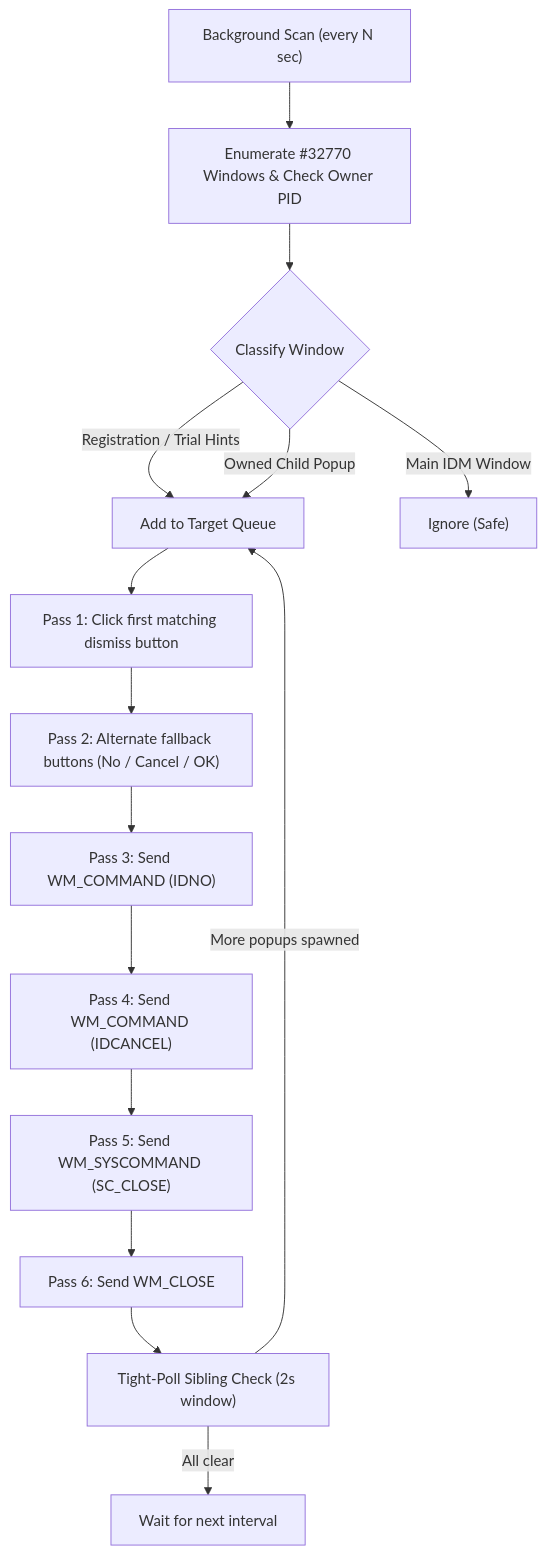
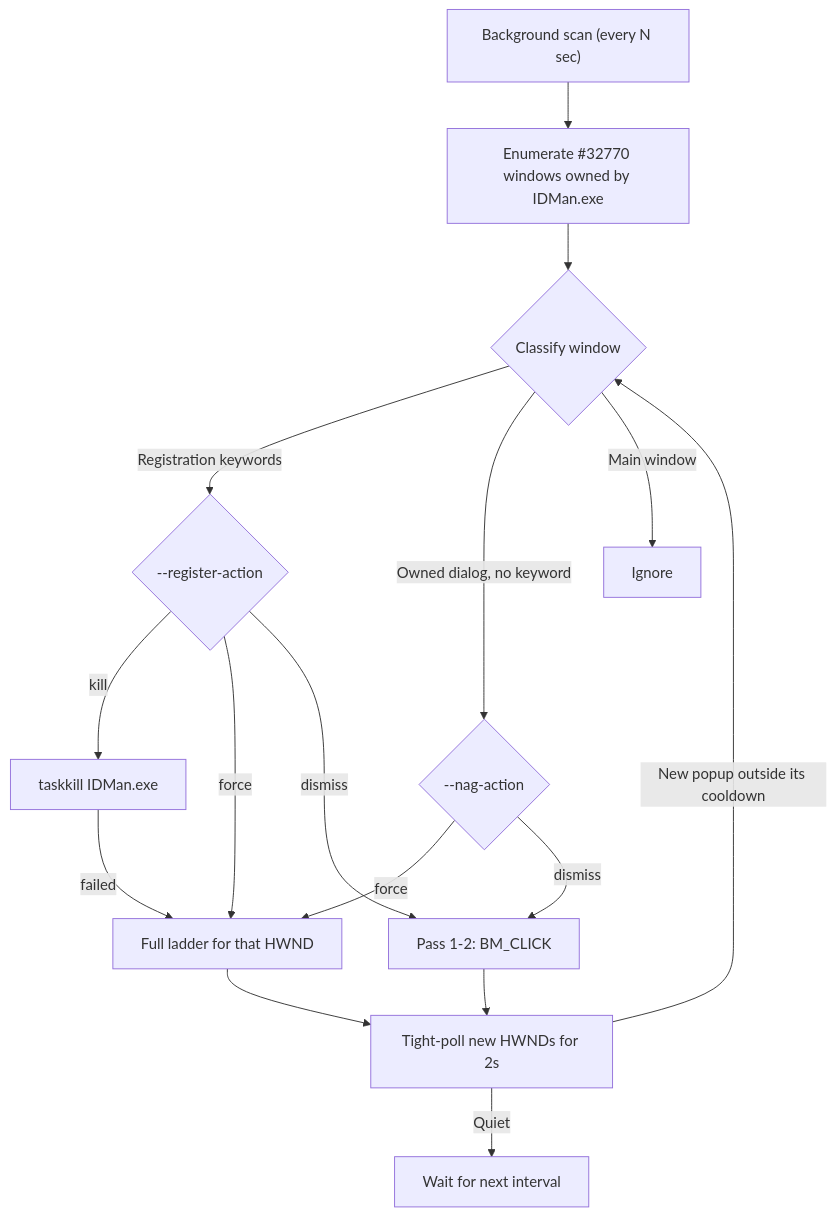
The diagram in README.md (ynwglobal/idm-popup-killer), drawn with Mermaid before and after one commit. The commit also changed other lines of this file, not shown here.

````diff
--- a/README.md
+++ b/README.md
@@ -35,20 +35,21 @@
 ```mermaid
 flowchart TD
-    Scan["Background Scan (every N sec)"] --> Find["Enumerate #32770 Windows & Check Owner PID"]
-    Find --> Classify{"Classify Window"}
-    
-    Classify -- "Registration / Trial Hints" --> Batch["Add to Target Queue"]
-    Classify -- "Owned Child Popup" --> Batch
-    Classify -- "Main IDM Window" --> Ignore["Ignore (Safe)"]
+    Scan["Background scan (every N sec)"] --> Find["Enumerate #32770 windows owned by IDMan.exe"]
+    Find --> Classify{"Classify window"}
 
-    Batch --> P1["Pass 1: Click first matching dismiss button"]
-    P1 --> P2["Pass 2: Alternate fallback buttons (No / Cancel / OK)"]
-    P2 --> P3["Pass 3: Send WM_COMMAND (IDNO)"]
-    P3 --> P4["Pass 4: Send WM_COMMAND (IDCANCEL)"]
-    P4 --> P5["Pass 5: Send WM_SYSCOMMAND (SC_CLOSE)"]
-    P5 --> P6["Pass 6: Send WM_CLOSE"]
-    
-    P6 --> Poll["Tight-Poll Sibling Check (2s window)"]
-    Poll -- "More popups spawned" --> Batch
-    Poll -- "All clear" --> Sleep["Wait for next interval"]
+    Classify -- "Registration keywords" --> Reg{"--register-action"}
+    Classify -- "Owned dialog, no keyword" --> Nag{"--nag-action"}
+    Classify -- "Main window" --> Ignore["Ignore"]
+
+    Reg -- "kill" --> Task["taskkill IDMan.exe"]
+    Task -- "failed" --> Force["Full ladder for that HWND"]
+    Reg -- "force" --> Force
+    Reg -- "dismiss" --> Buttons["Pass 1-2: BM_CLICK"]
+    Nag -- "force" --> Force
+    Nag -- "dismiss" --> Buttons
+
+    Buttons --> Poll["Tight-poll new HWNDs for 2s"]
+    Force --> Poll
+    Poll -- "New popup outside its cooldown" --> Classify
+    Poll -- "Quiet" --> Sleep["Wait for next interval"]
 ```
````
